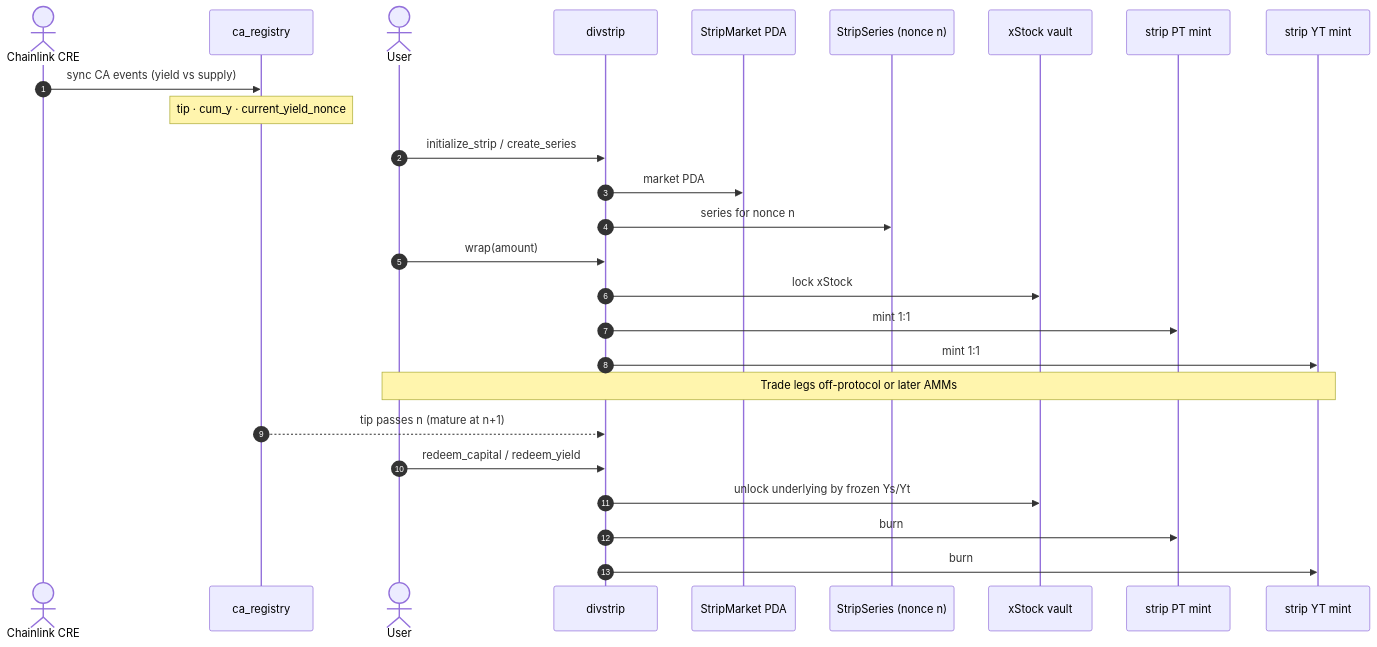
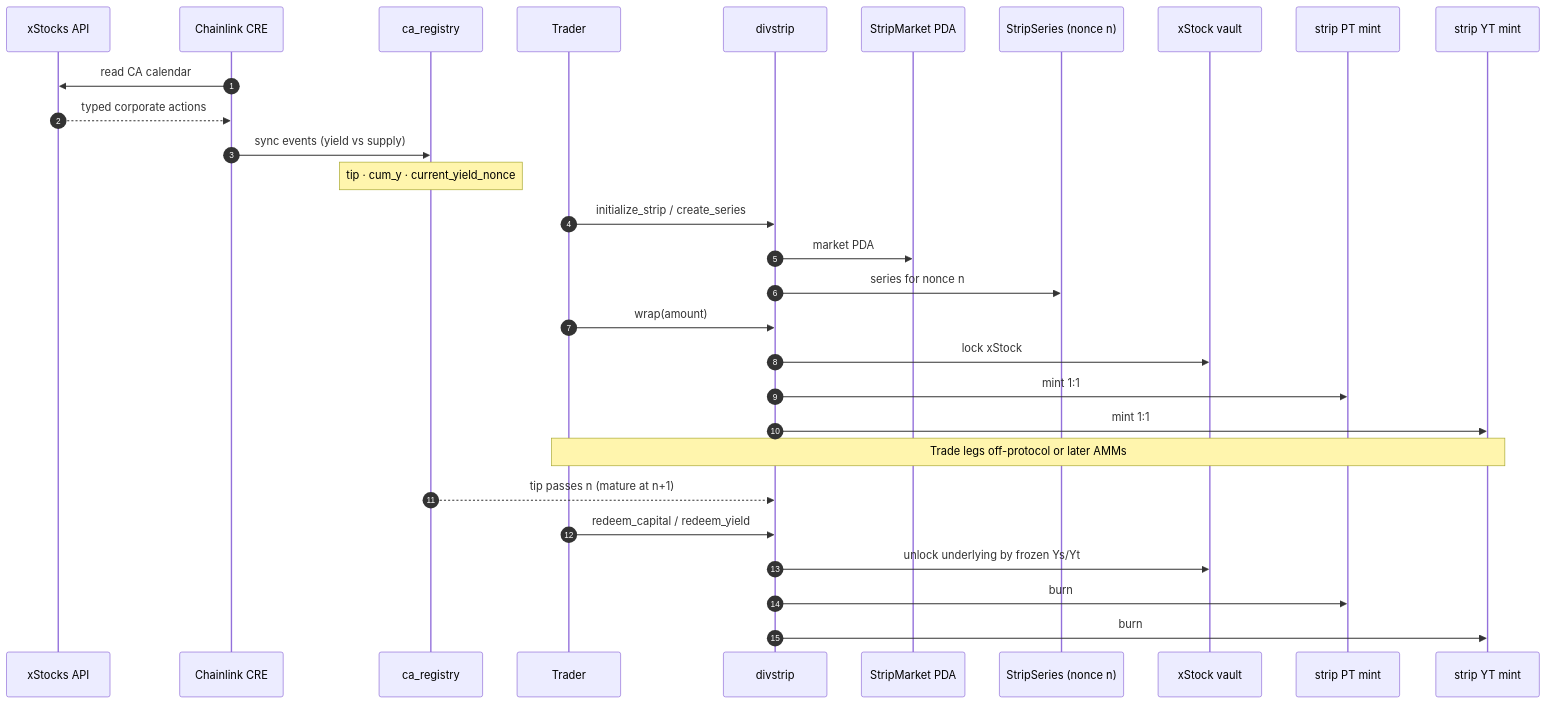
One commit to SolidityDrone/arancio changed the first of 4 diagrams in README.md. Above: the diagram before and after it, drawn with Mermaid. The commit also changed other lines of this file and 16 other files, not shown here.

First line of the commit message:
fix: diagram brand assets, nonce dates for all windows, picker UI

````diff
--- a/README.md
+++ b/README.md
@@ -68,33 +70,36 @@
 ```mermaid
 sequenceDiagram
   autonumber
-  actor CRE as Chainlink CRE
+  participant XS as xStocks API
+  participant CRE as Chainlink CRE
   participant Reg as ca_registry
-  actor User
+  participant User as Trader
   participant DS as divstrip
   participant Mkt as StripMarket PDA
   participant Ser as StripSeries (nonce n)
   participant V as xStock vault
   participant PT as strip PT mint
   participant YT as strip YT mint
 
-  CRE->>Reg: sync CA events (yield vs supply)
+  CRE->>XS: read CA calendar
+  XS-->>CRE: typed corporate actions
+  CRE->>Reg: sync events (yield vs supply)
   Note over Reg: tip · cum_y · current_yield_nonce
 
   User->>DS: initialize_strip / create_series
   DS->>Mkt: market PDA
   DS->>Ser: series for nonce n
 
   User->>DS: wrap(amount)
   DS->>V: lock xStock
   DS->>PT: mint 1:1
   DS->>YT: mint 1:1
 
   Note over User,YT: Trade legs off-protocol or later AMMs
 
   Reg-->>DS: tip passes n (mature at n+1)
   User->>DS: redeem_capital / redeem_yield
   DS->>V: unlock underlying by frozen Ys/Yt
   DS->>PT: burn
   DS->>YT: burn
 ```
````
